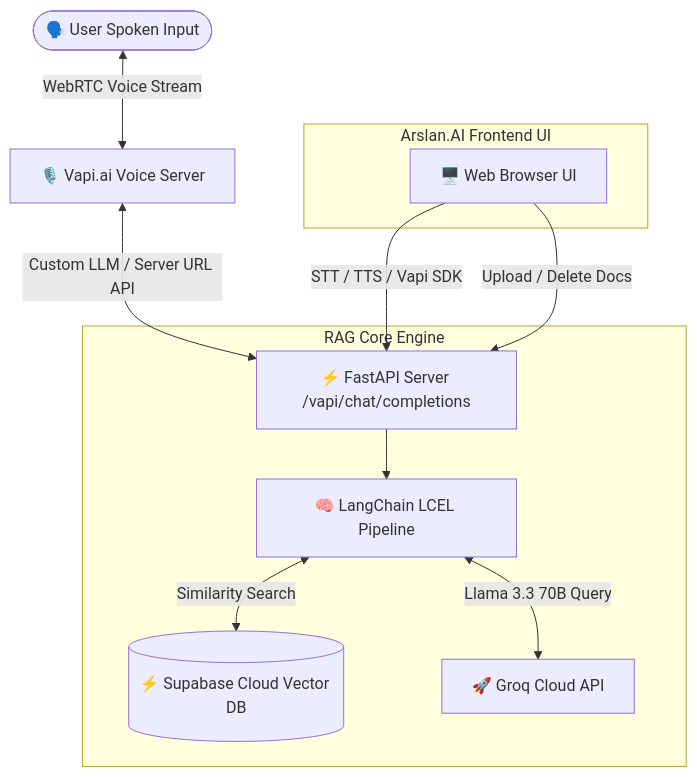
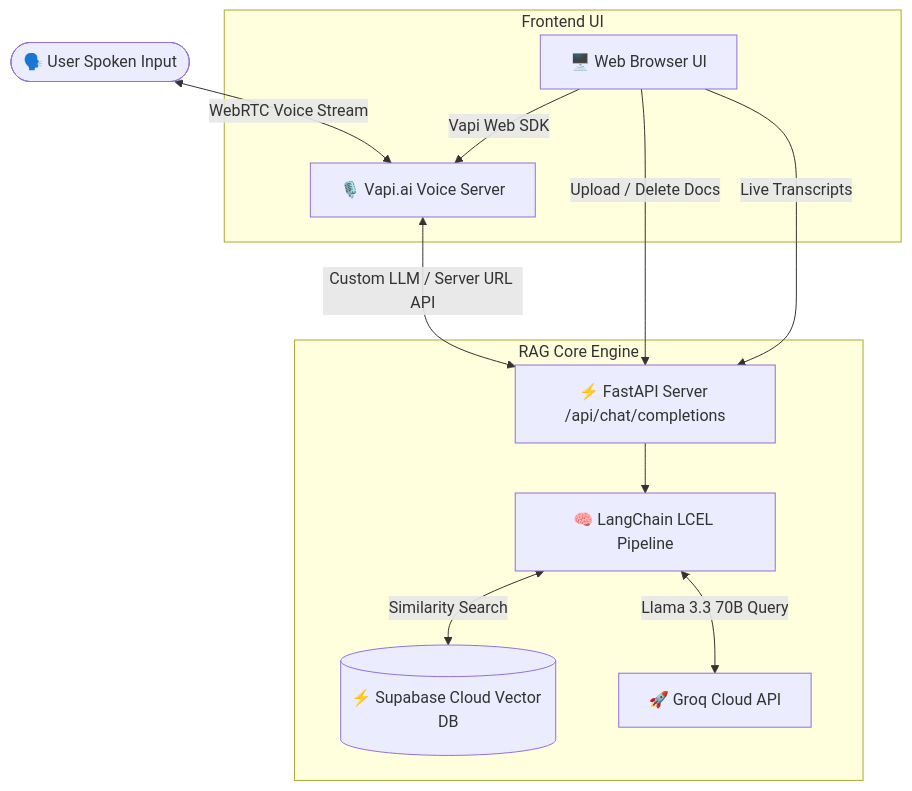
One commit to Arslan-Codes097/Real-Time-RAG-Voice-Assistant-using-VAPI changed the diagram in README.md. Above: the diagram before and after it, drawn with Mermaid. The commit also changed other lines of this file, not shown here.

````diff
--- a/README.md
+++ b/README.md
@@ -25,16 +67,17 @@
 ```mermaid
 flowchart TD
     User([🗣️ User Spoken Input]) <-->|WebRTC Voice Stream| Vapi[🎙️ Vapi.ai Voice Server]
-    Vapi <-->|Custom LLM / Server URL API| Server[⚡ FastAPI Server /vapi/chat/completions]
+    Vapi <-->|Custom LLM / Server URL API| Server[⚡ FastAPI Server /api/chat/completions]
     
     subgraph RAG Core Engine
         Server --> RAG[🧠 LangChain LCEL Pipeline]
         RAG <-->|Similarity Search| Supabase[(⚡ Supabase Cloud Vector DB)]
         RAG <-->|Llama 3.3 70B Query| Groq[🚀 Groq Cloud API]
     end
     
-    subgraph Arslan.AI Frontend UI
-        Browser[🖥️ Web Browser UI] -->|STT / TTS / Vapi SDK| Server
+    subgraph Frontend UI
+        Browser[🖥️ Web Browser UI] -->|Vapi Web SDK| Vapi
         Browser -->|Upload / Delete Docs| Server
+        Browser -->|Live Transcripts| Server
     end
 ```
````
